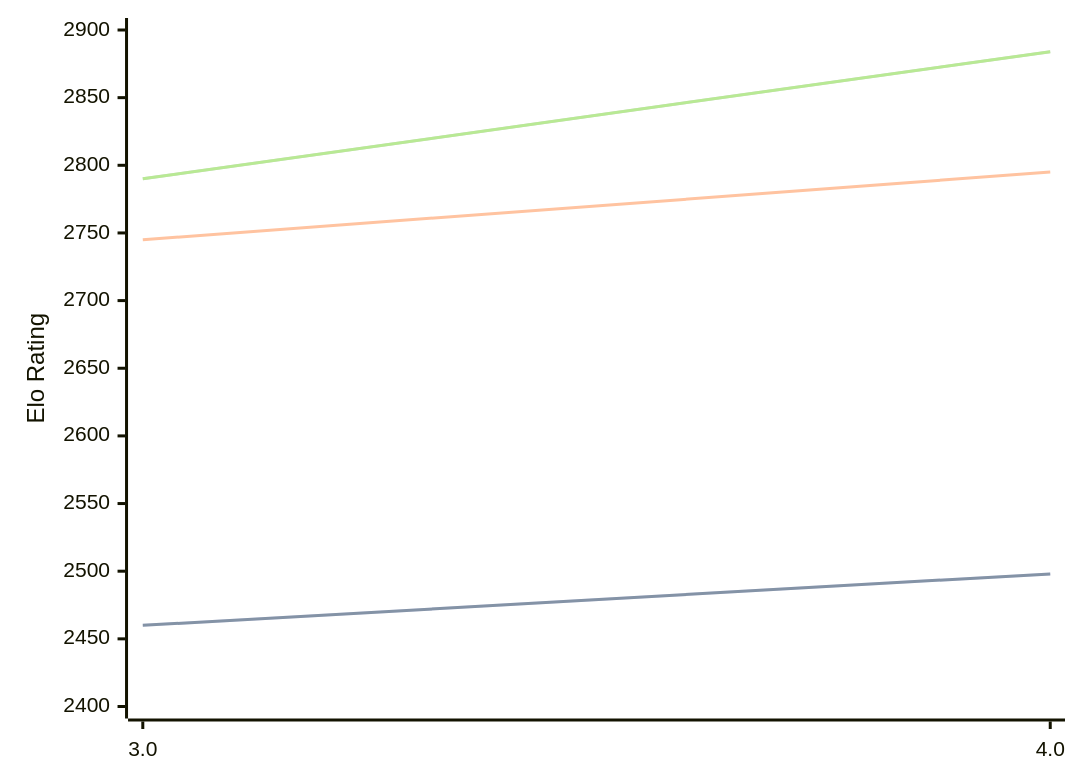
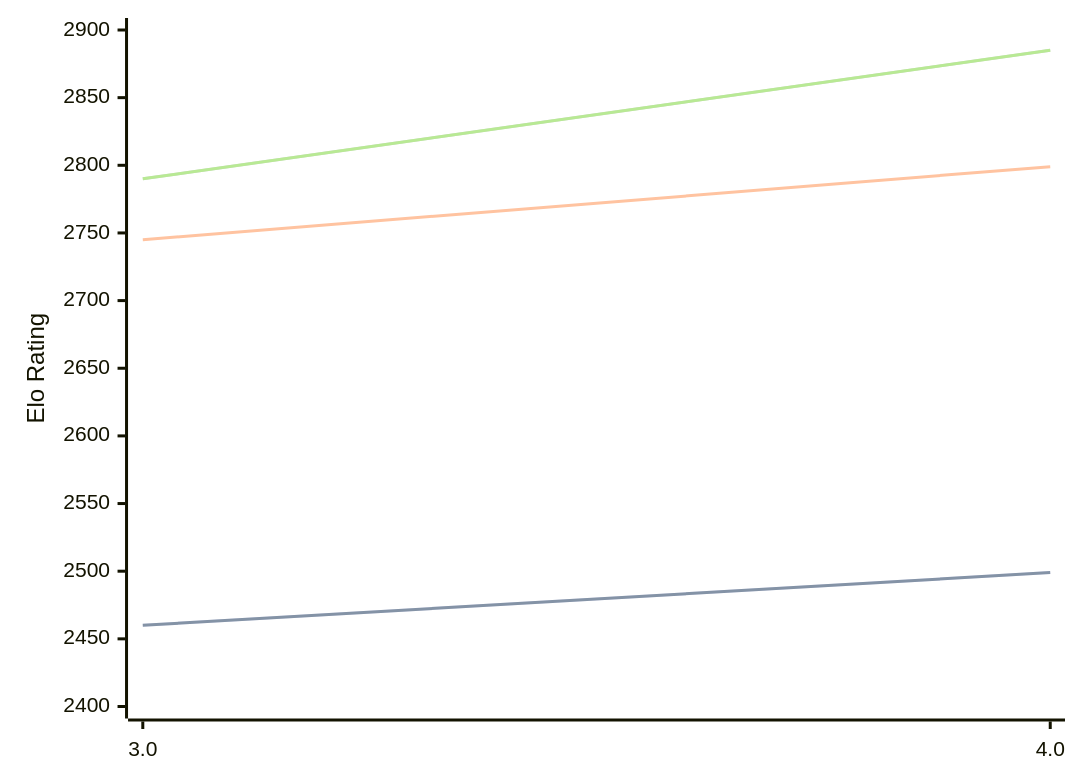
One commit to computer-chess-index/cci changed the diagram in engines/Chess3.md. Above: the diagram before and after it, drawn with Mermaid. The commit also changed other lines of this file, not shown here.

Commit message:
Update CCI Ratings (ELO VLTC) - 2026-07-25

````diff
--- a/engines/Chess3.md
+++ b/engines/Chess3.md
@@ -34,11 +34,11 @@
 ```mermaid
 %%{init: {"theme":"base","themeVariables":{"seriesColors:['#a3a3a3','#222221','#faa371']}}}%%
 xychart-beta
   x-axis ["3.0", "4.0"]
   y-axis "Elo Rating" 2400 --> 2900
-  line "STC (8.0+0.08s)" [2460, 2498]
-  line "STC (8.0+0.08s)" [2460, 2498]
-  line "LTC (60.0+0.60s)" [2745, 2795]
-  line "VLTC (2m24s+1.12s)" [2790, 2884]
-  line "VLTC (2m24s+1.12s)" [2790, 2884]
+  line "STC (8.0+0.08s)" [2460, 2499]
+  line "STC (8.0+0.08s)" [2460, 2499]
+  line "LTC (60.0+0.60s)" [2745, 2799]
+  line "VLTC (2m24s+1.12s)" [2790, 2885]
+  line "VLTC (2m24s+1.12s)" [2790, 2885]
 ```
````
